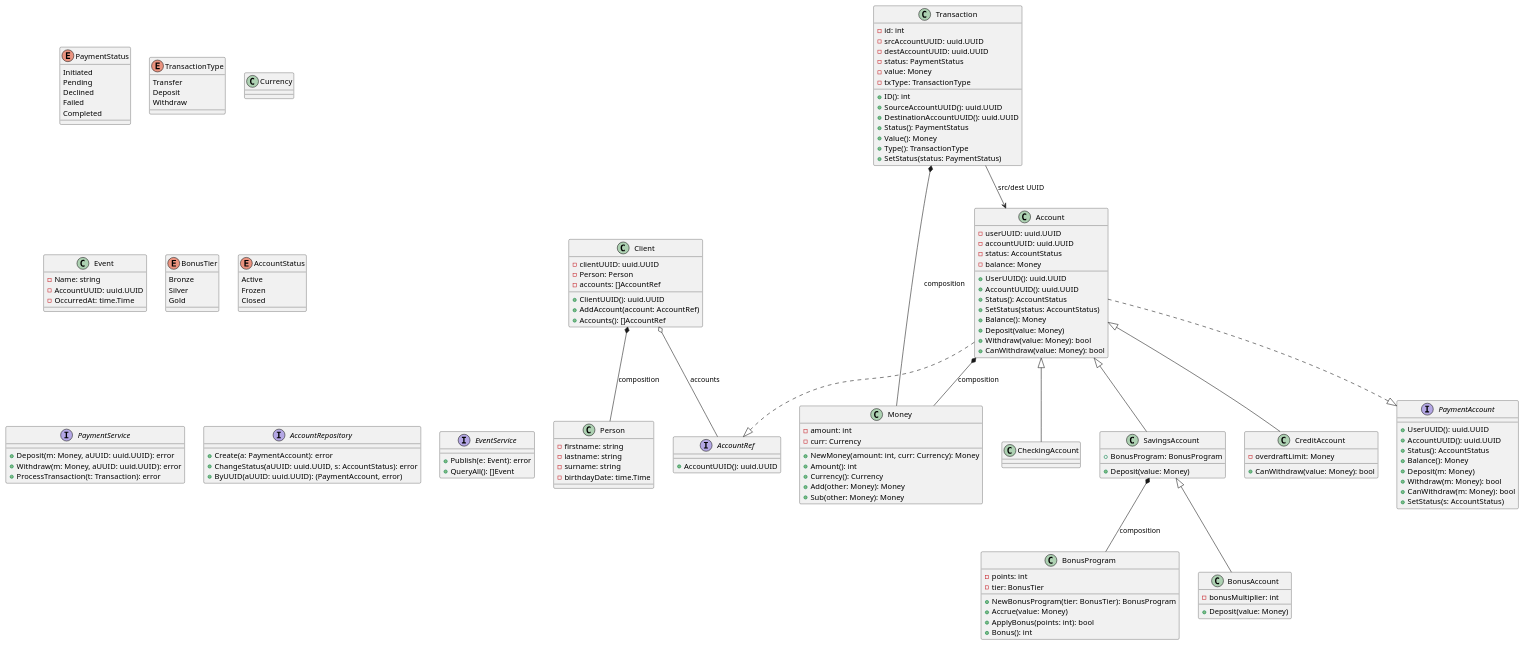
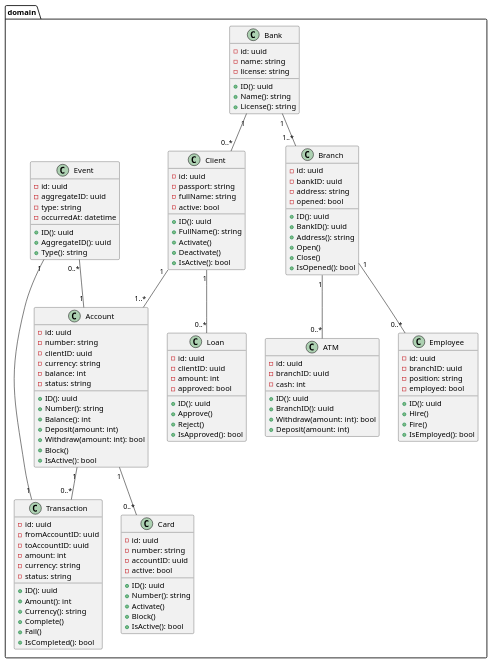
Before and after one commit to n1jke/oop-bsuir-2025: the diagram in laboratory_work-1/diagram.puml, drawn with PlantUML. The commit also changed 2 other files, not shown here.

Commit message:
refactor: start moving up to new architecture - add technical assigment - README.md - refactor diagram.puml(uml domain class diagram) to more specific domain model for technical assignment

```diff
--- a/laboratory_work-1/diagram.puml
+++ b/laboratory_work-1/diagram.puml
@@ -1,169 +1,141 @@
-@startuml classDiagram
+@startuml
+
+namespace domain {
+
+class Bank {
+  -id: uuid
+  -name: string
+  -license: string
+  +ID(): uuid
+  +Name(): string
+  +License(): string
+}
+
+class Branch {
+  -id: uuid
+  -bankID: uuid
+  -address: string
+  -opened: bool
+  +ID(): uuid
+  +BankID(): uuid
+  +Address(): string
+  +Open()
+  +Close()
+  +IsOpened(): bool
+}
 
 class Client {
-  -clientUUID: uuid.UUID
-  -Person: Person
-  -accounts: []AccountRef
-  +ClientUUID(): uuid.UUID
-  +AddAccount(account: AccountRef)
-  +Accounts(): []AccountRef
+  -id: uuid
+  -passport: string
+  -fullName: string
+  -active: bool
+  +ID(): uuid
+  +FullName(): string
+  +Activate()
+  +Deactivate()
+  +IsActive(): bool
 }
 
-class Person {
-  -firstname: string
-  -lastname: string
-  -surname: string
-  -birthdayDate: time.Time
-}
-
-interface AccountRef {
-  +AccountUUID(): uuid.UUID
+class Account {
+  -id: uuid
+  -number: string
+  -clientID: uuid
+  -currency: string
+  -balance: int
+  -status: string
+  +ID(): uuid
+  +Number(): string
+  +Balance(): int
+  +Deposit(amount: int)
+  +Withdraw(amount: int): bool
+  +Block()
+  +IsActive(): bool
 }
 
 class Transaction {
-  -id: int
-  -srcAccountUUID: uuid.UUID
-  -destAccountUUID: uuid.UUID
-  -status: PaymentStatus
-  -value: Money
-  -txType: TransactionType
-  +ID(): int
-  +SourceAccountUUID(): uuid.UUID
-  +DestinationAccountUUID(): uuid.UUID
-  +Status(): PaymentStatus
-  +Value(): Money
-  +Type(): TransactionType
-  +SetStatus(status: PaymentStatus)
+  -id: uuid
+  -fromAccountID: uuid
+  -toAccountID: uuid
+  -amount: int
+  -currency: string
+  -status: string
+  +ID(): uuid
+  +Amount(): int
+  +Currency(): string
+  +Complete()
+  +Fail()
+  +IsCompleted(): bool
 }
 
-enum PaymentStatus {
-  Initiated
-  Pending
-  Declined
-  Failed
-  Completed
+class Card {
+  -id: uuid
+  -number: string
+  -accountID: uuid
+  -active: bool
+  +ID(): uuid
+  +Number(): string
+  +Activate()
+  +Block()
+  +IsActive(): bool
 }
 
-enum TransactionType {
-  Transfer
-  Deposit
-  Withdraw
+class Employee {
+  -id: uuid
+  -branchID: uuid
+  -position: string
+  -employed: bool
+  +ID(): uuid
+  +Hire()
+  +Fire()
+  +IsEmployed(): bool
 }
 
-class Money {
+class Loan {
+  -id: uuid
+  -clientID: uuid
   -amount: int
-  -curr: Currency
-  +NewMoney(amount: int, curr: Currency): Money
-  +Amount(): int
-  +Currency(): Currency
-  +Add(other: Money): Money
-  +Sub(other: Money): Money
+  -approved: bool
+  +ID(): uuid
+  +Approve()
+  +Reject()
+  +IsApproved(): bool
 }
 
-class Currency {}
+class ATM {
+  -id: uuid
+  -branchID: uuid
+  -cash: int
+  +ID(): uuid
+  +BranchID(): uuid
+  +Withdraw(amount: int): bool
+  +Deposit(amount: int)
+}
 
 class Event {
-  -Name: string
-  -AccountUUID: uuid.UUID
-  -OccurredAt: time.Time
+  -id: uuid
+  -aggregateID: uuid
+  -type: string
+  -occurredAt: datetime
+  +ID(): uuid
+  +AggregateID(): uuid
+  +Type(): string
 }
 
-class BonusProgram {
-  -points: int
-  -tier: BonusTier
-  +NewBonusProgram(tier: BonusTier): BonusProgram
-  +Accrue(value: Money)
-  +ApplyBonus(points: int): bool
-  +Bonus(): int
 }
 
-enum BonusTier {
-  Bronze
-  Silver
-  Gold
-}
+domain.Bank "1" -- "1..*" domain.Branch
+domain.Bank "1" -- "0..*" domain.Client
 
-class Account {
-  -userUUID: uuid.UUID
-  -accountUUID: uuid.UUID
-  -status: AccountStatus
-  -balance: Money
-  +UserUUID(): uuid.UUID
-  +AccountUUID(): uuid.UUID
-  +Status(): AccountStatus
-  +SetStatus(status: AccountStatus)
-  +Balance(): Money
-  +Deposit(value: Money)
-  +Withdraw(value: Money): bool
-  +CanWithdraw(value: Money): bool
-}
+domain.Branch "1" -- "0..*" domain.Employee
+domain.Branch "1" -- "0..*" domain.ATM
 
-enum AccountStatus {
-  Active
-  Frozen
-  Closed
-}
+domain.Client "1" -- "1..*" domain.Account
+domain.Client "1" -- "0..*" domain.Loan
 
-class CheckingAccount {}
+domain.Account "1" -- "0..*" domain.Card
+domain.Account "1" -- "0..*" domain.Transaction 
 
-class SavingsAccount {
-  +BonusProgram: BonusProgram
-  +Deposit(value: Money)
-}
-
-class BonusAccount {
-  -bonusMultiplier: int
-  +Deposit(value: Money)
-}
-
-class CreditAccount {
-  -overdraftLimit: Money
-  +CanWithdraw(value: Money): bool
-}
-
-interface PaymentAccount {
-  +UserUUID(): uuid.UUID
-  +AccountUUID(): uuid.UUID
-  +Status(): AccountStatus
-  +Balance(): Money
-  +Deposit(m: Money)
-  +Withdraw(m: Money): bool
-  +CanWithdraw(m: Money): bool
-  +SetStatus(s: AccountStatus)
-}
-
-interface PaymentService {
-  +Deposit(m: Money, aUUID: uuid.UUID): error
-  +Withdraw(m: Money, aUUID: uuid.UUID): error
-  +ProcessTransaction(t: Transaction): error
-}
-
-interface AccountRepository {
-  +Create(a: PaymentAccount): error
-  +ChangeStatus(aUUID: uuid.UUID, s: AccountStatus): error
-  +ByUUID(aUUID: uuid.UUID): (PaymentAccount, error)
-}
-
-interface EventService {
-  +Publish(e: Event): error
-  +QueryAll(): []Event
-}
-
-Client *-- Person : composition
-Client o-- AccountRef : accounts
-
-SavingsAccount *-- BonusProgram : composition
-Account *-- Money : composition
-Transaction *-- Money : composition
-
-Account ..|> AccountRef
-Account ..|> PaymentAccount
-
-Account <|-- CheckingAccount
-Account <|-- SavingsAccount
-SavingsAccount <|-- BonusAccount
-Account <|-- CreditAccount
-
-Transaction --> Account : src/dest UUID
+domain.Event "0..*" -- "1" domain.Account
+domain.Event "1" -- "1" domain.Transaction
 
 @enduml
```
